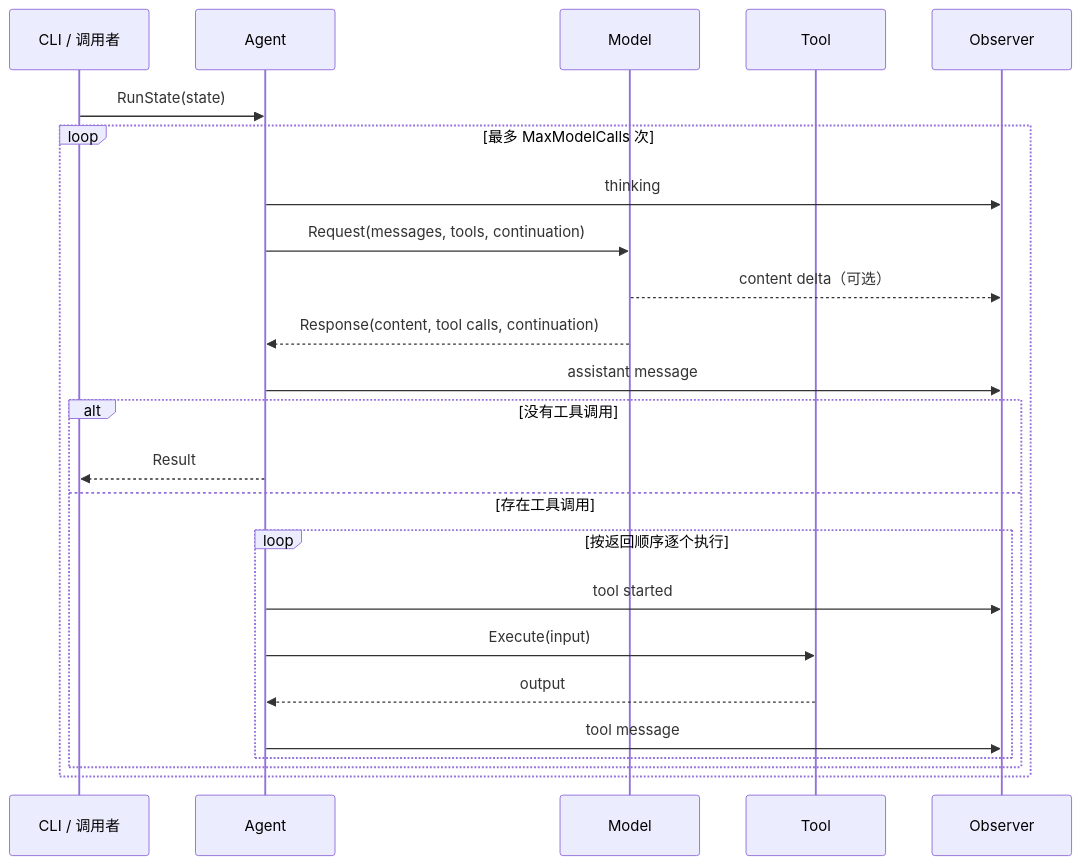
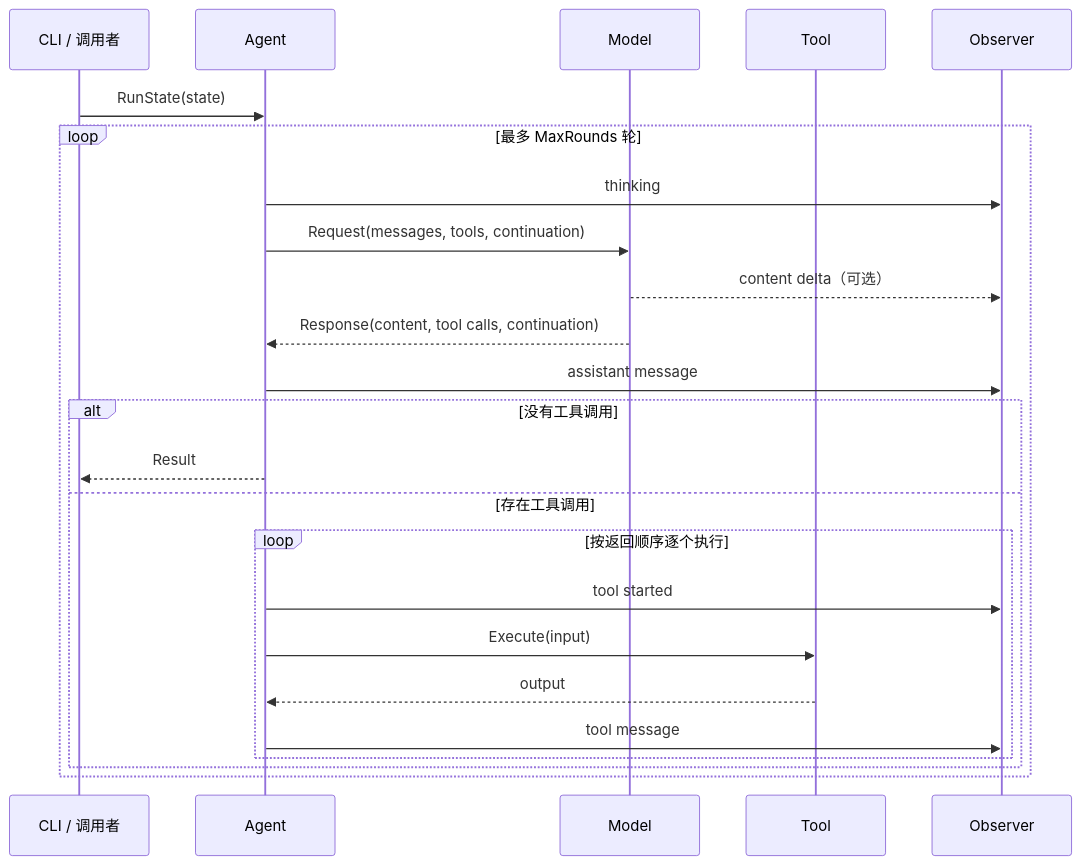
One commit to lgxz/dora changed the second of 2 diagrams in docs/architecture.md. Above: the diagram before and after it, drawn with Mermaid. The commit also changed other lines of this file and 9 other files, not shown here.

````diff
--- a/docs/architecture.md
+++ b/docs/architecture.md
@@ -130,27 +130,27 @@
 ```mermaid
 sequenceDiagram
     participant C as CLI / 调用者
     participant A as Agent
     participant M as Model
     participant T as Tool
     participant O as Observer
 
     C->>A: RunState(state)
-    loop 最多 MaxModelCalls 次
+    loop 最多 MaxRounds 轮
         A->>O: thinking
         A->>M: Request(messages, tools, continuation)
         M-->>O: content delta（可选）
         M-->>A: Response(content, tool calls, continuation)
         A->>O: assistant message
         alt 没有工具调用
             A-->>C: Result
         else 存在工具调用
             loop 按返回顺序逐个执行
                 A->>O: tool started
                 A->>T: Execute(input)
                 T-->>A: output
                 A->>O: tool message
             end
         end
     end
 ```
````
